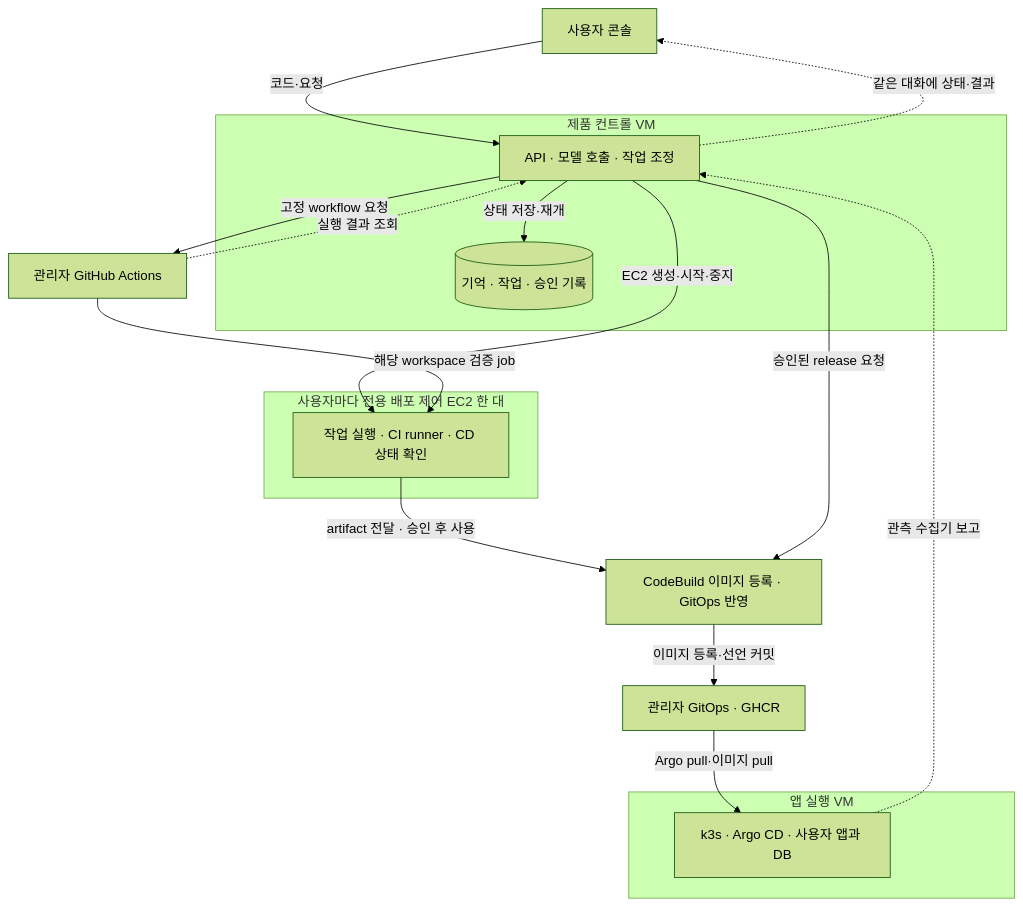
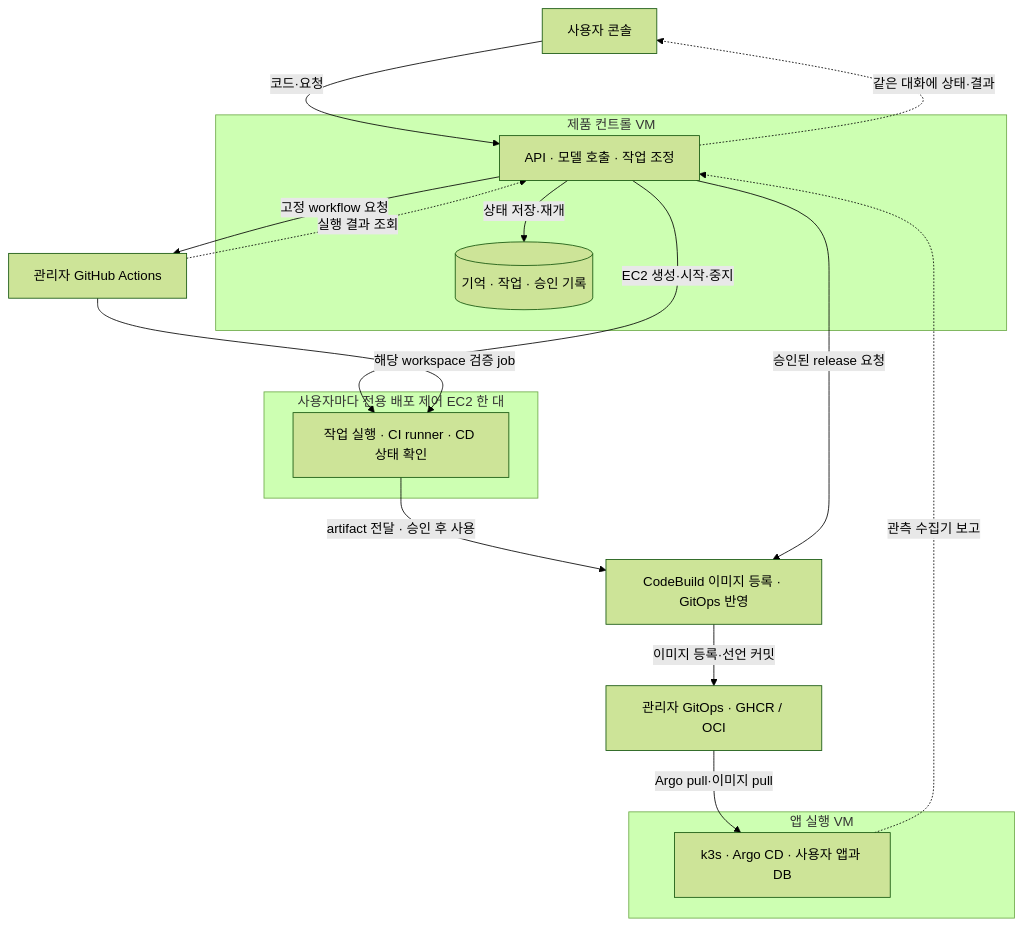
The diagram in platform/CONTROL-PLANE-PLAN.md (Jasmin-Softbank/Jasmin), drawn with Mermaid (forest theme) before and after one commit. The commit also changed 33 other files, not shown here.

````diff
--- a/platform/CONTROL-PLANE-PLAN.md
+++ b/platform/CONTROL-PLANE-PLAN.md
@@ -106,29 +106,29 @@
 ```mermaid
 flowchart TB
     U[사용자 콘솔]
     subgraph CP[제품 컨트롤 VM]
         A[API · 모델 호출 · 작업 조정]
         S[(기억 · 작업 · 승인 기록)]
         A -->|상태 저장·재개| S
     end
     G[관리자 GitHub Actions]
     subgraph WORK[사용자마다 전용 배포 제어 EC2 한 대]
         B[작업 실행 · CI runner · CD 상태 확인]
     end
     R[CodeBuild 이미지 등록 · GitOps 반영]
-    I[관리자 GitOps · GHCR]
+    I[관리자 GitOps · GHCR / OCI]
     subgraph APP[앱 실행 VM]
         K[k3s · Argo CD · 사용자 앱과 DB]
     end
     U -->|코드·요청| A
     A -->|고정 workflow 요청| G
     A -->|EC2 생성·시작·중지| B
     G -->|해당 workspace 검증 job| B
     B -->|artifact 전달 · 승인 후 사용| R
     A -->|승인된 release 요청| R
     R -->|이미지 등록·선언 커밋| I
     I -->|Argo pull·이미지 pull| K
     G -.->|실행 결과 조회| A
     K -.->|관측 수집기 보고| A
     A -.->|같은 대화에 상태·결과| U
 ```
````
